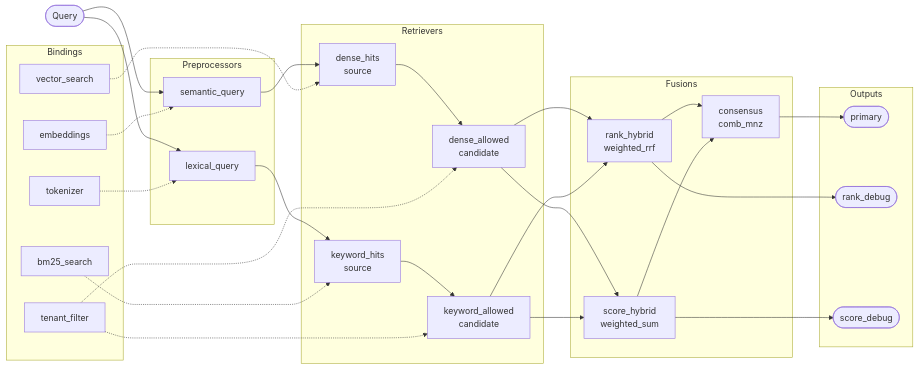
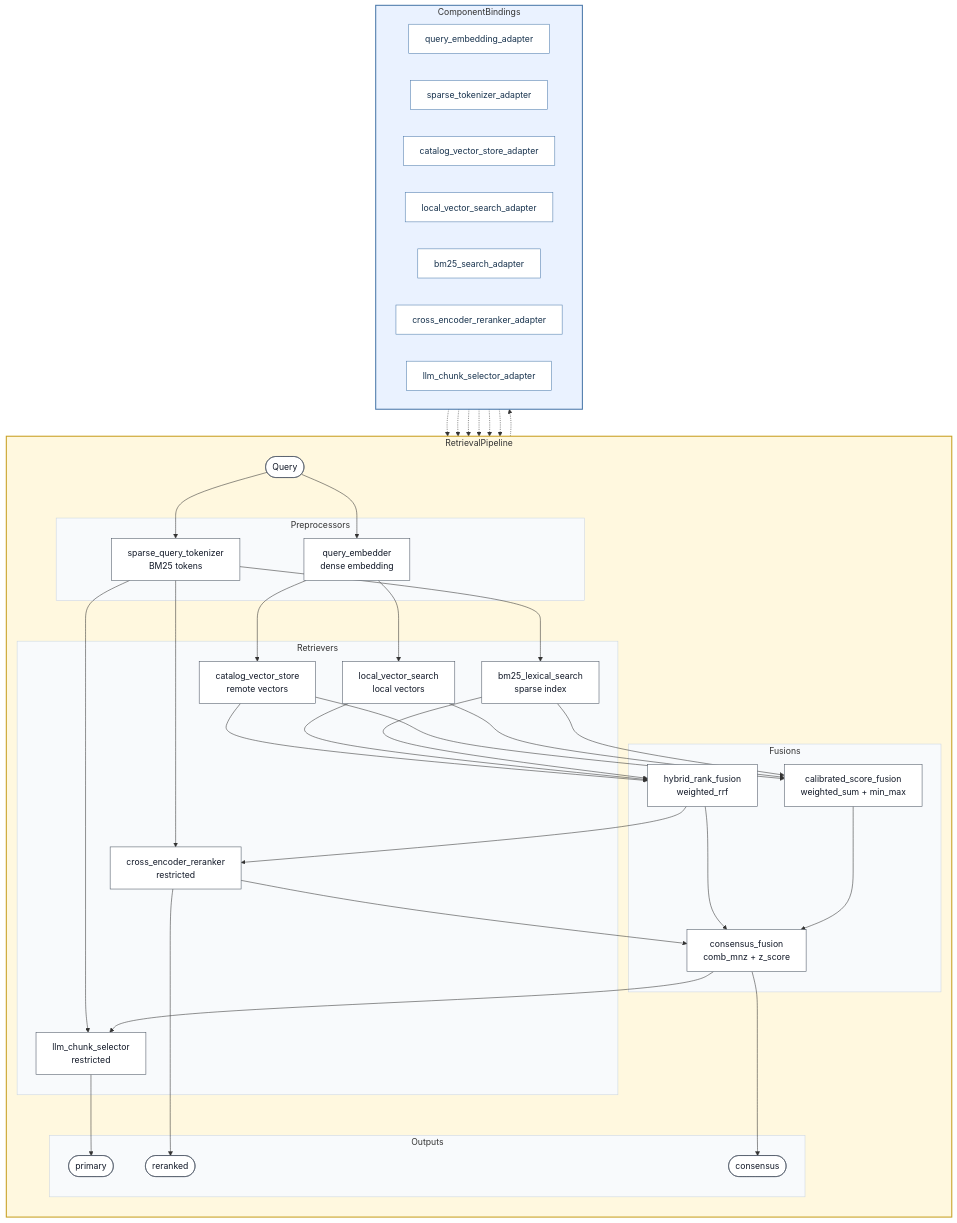
Before and after one commit to cristiangofiar/Chunkbuster: the third of 6 diagrams in EXAMPLES.md, drawn with Mermaid. The commit also changed other lines of this file and 12 other files, not shown here.

First line of the commit message:
Add SVG diagram for vector ensemble with LLM and script to render documentation diagrams from YAML examples

````diff
--- a/EXAMPLES.md
+++ b/EXAMPLES.md
@@ -266,54 +332,76 @@
 ```mermaid
-flowchart LR
-    query([Query])
-
-    subgraph preprocessors[Preprocessors]
-        semantic_query[semantic_query]
-        lexical_query[lexical_query]
+flowchart TB
+    subgraph pipeline["RetrievalPipeline"]
+        direction TB
+        query([Query])
+        subgraph preprocessors[Preprocessors]
+            query_embedder["query_embedder<br/>dense embedding"]
+            sparse_query_tokenizer["sparse_query_tokenizer<br/>BM25 tokens"]
+        end
+        subgraph retrievers[Retrievers]
+            catalog_vector_store["catalog_vector_store<br/>remote vectors"]
+            local_vector_search["local_vector_search<br/>local vectors"]
+            bm25_lexical_search["bm25_lexical_search<br/>sparse index"]
+            cross_encoder_reranker["cross_encoder_reranker<br/>restricted"]
+            llm_chunk_selector["llm_chunk_selector<br/>restricted"]
+        end
+        subgraph fusions[Fusions]
+            hybrid_rank_fusion["hybrid_rank_fusion<br/>weighted_rrf"]
+            calibrated_score_fusion["calibrated_score_fusion<br/>weighted_sum + min_max"]
+            consensus_fusion["consensus_fusion<br/>comb_mnz + z_score"]
+        end
+        subgraph outputs[Outputs]
+            primary([primary])
+            reranked([reranked])
+            consensus([consensus])
+        end
+        query --> query_embedder
+        query_embedder --> catalog_vector_store
+        query_embedder --> local_vector_search
+        query --> sparse_query_tokenizer --> bm25_lexical_search
+        catalog_vector_store --> hybrid_rank_fusion
+        local_vector_search --> hybrid_rank_fusion
+        bm25_lexical_search --> hybrid_rank_fusion
+        catalog_vector_store --> calibrated_score_fusion
+        local_vector_search --> calibrated_score_fusion
+        bm25_lexical_search --> calibrated_score_fusion
+        sparse_query_tokenizer --> cross_encoder_reranker
+        sparse_query_tokenizer --> llm_chunk_selector
+        hybrid_rank_fusion --> cross_encoder_reranker
+        hybrid_rank_fusion --> consensus_fusion
+        calibrated_score_fusion --> consensus_fusion
+        cross_encoder_reranker --> consensus_fusion
+        cross_encoder_reranker --> reranked
+        consensus_fusion --> llm_chunk_selector --> primary
+        consensus_fusion --> consensus
     end
 
-    subgraph retrievers[Retrievers]
-        dense_hits["dense_hits<br/>source"]
-        keyword_hits["keyword_hits<br/>source"]
-        dense_allowed["dense_allowed<br/>candidate"]
-        keyword_allowed["keyword_allowed<br/>candidate"]
+    subgraph bindings["ComponentBindings"]
+        direction LR
+        query_embedding_adapter[query_embedding_adapter]
+        sparse_tokenizer_adapter[sparse_tokenizer_adapter]
+        catalog_vector_store_adapter[catalog_vector_store_adapter]
+        local_vector_search_adapter[local_vector_search_adapter]
+        bm25_search_adapter[bm25_search_adapter]
+        cross_encoder_reranker_adapter[cross_encoder_reranker_adapter]
+        llm_chunk_selector_adapter[llm_chunk_selector_adapter]
     end
+    query_embedding_adapter -.-> query_embedder
+    sparse_tokenizer_adapter -.-> sparse_query_tokenizer
+    catalog_vector_store_adapter -.-> catalog_vector_store
+    local_vector_search_adapter -.-> local_vector_search
+    bm25_lexical_search -.-> bm25_search_adapter
+    cross_encoder_reranker_adapter -.-> cross_encoder_reranker
+    llm_chunk_selector_adapter -.-> llm_chunk_selector
 
-    subgraph fusions[Fusions]
-        rank_hybrid["rank_hybrid<br/>weighted_rrf"]
-        score_hybrid["score_hybrid<br/>weighted_sum"]
-        consensus["consensus<br/>comb_mnz"]
-    end
-
-    subgraph outputs[Outputs]
-        primary([primary])
-        rank_debug([rank_debug])
-        score_debug([score_debug])
-    end
-
-    subgraph bindings[Bindings]
-        embeddings[embeddings]
-        tokenizer[tokenizer]
-        vector_search[vector_search]
-        bm25_search[bm25_search]
-        tenant_filter[tenant_filter]
-    end
-
-    query --> semantic_query --> dense_hits --> dense_allowed
-    query --> lexical_query --> keyword_hits --> keyword_allowed
-    dense_allowed --> rank_hybrid
-    keyword_allowed --> rank_hybrid
-    dense_allowed --> score_hybrid
-    keyword_allowed --> score_hybrid
-    rank_hybrid --> consensus
-    score_hybrid --> consensus
-    consensus --> primary
-    rank_hybrid --> rank_debug
-    score_hybrid --> score_debug
-    embeddings -.-> semantic_query
-    tokenizer -.-> lexical_query
-    vector_search -.-> dense_hits
-    bm25_search -.-> keyword_hits
-    tenant_filter -.-> dense_allowed
-    tenant_filter -.-> keyword_allowed
+    classDef node fill:#ffffff,stroke:#4b5563,color:#111827
+    classDef adapter fill:#ffffff,stroke:#4f7cac,color:#17324d
+    class query,query_embedder,sparse_query_tokenizer,catalog_vector_store,local_vector_search,bm25_lexical_search,cross_encoder_reranker,llm_chunk_selector,hybrid_rank_fusion,calibrated_score_fusion,consensus_fusion,primary,reranked,consensus node
+    class query_embedding_adapter,sparse_tokenizer_adapter,catalog_vector_store_adapter,local_vector_search_adapter,bm25_search_adapter,cross_encoder_reranker_adapter,llm_chunk_selector_adapter adapter
+    style pipeline fill:#fff8df,stroke:#c9a227,stroke-width:2px
+    style bindings fill:#eaf2ff,stroke:#4f7cac,stroke-width:2px
+    style preprocessors fill:#f8fafc,stroke:#cbd5e1
+    style retrievers fill:#f8fafc,stroke:#cbd5e1
+    style fusions fill:#f8fafc,stroke:#cbd5e1
+    style outputs fill:#f8fafc,stroke:#cbd5e1
 ```
````
